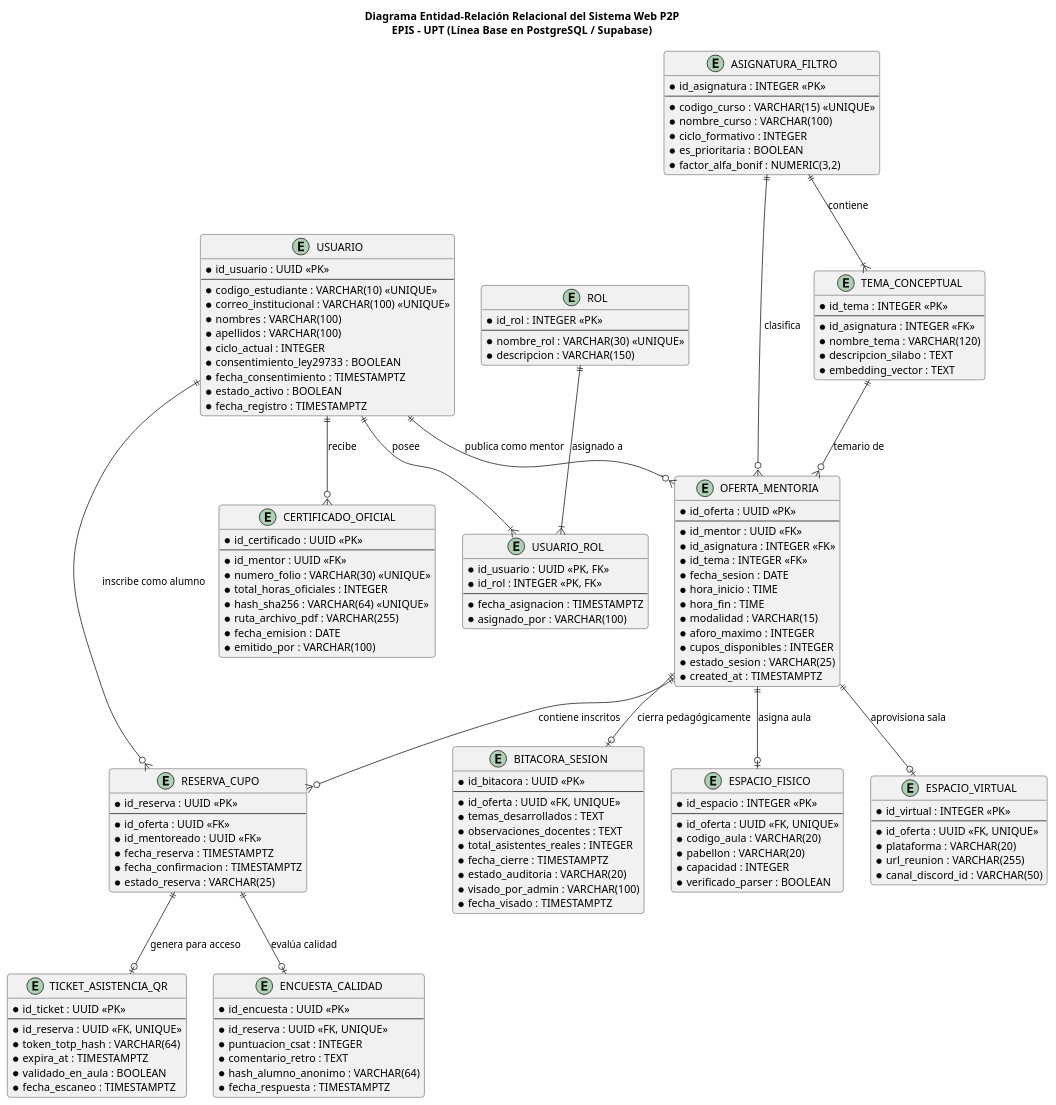
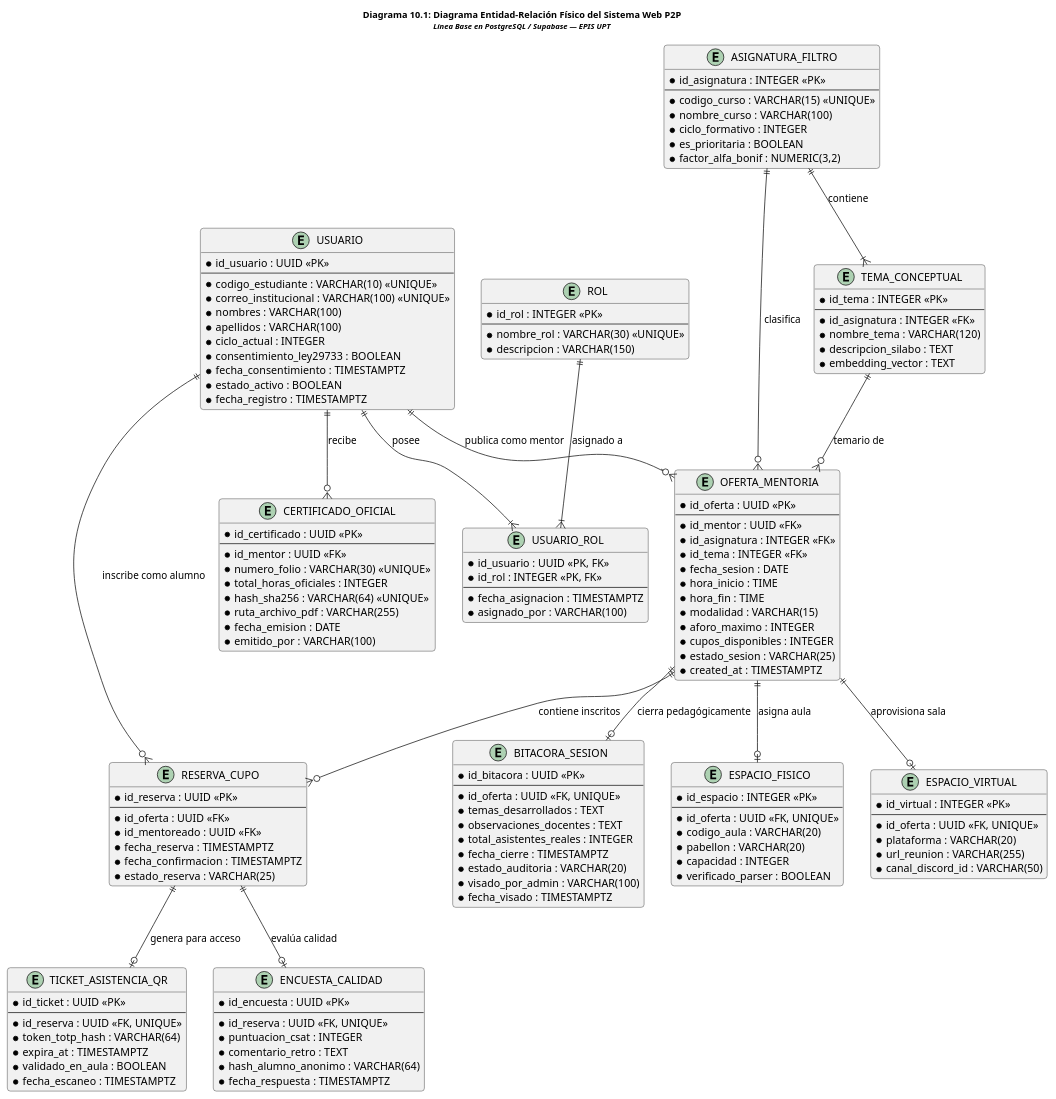
One commit to JMedina255/sistema_web_p2p changed diagram 12 of 12 in docs/FD04-EPIS-Informe SAD de Proyecto.md. Above: the diagram before and after it, drawn with PlantUML. The commit also changed other lines of this file and 1 other file, not shown here.

Commit message:
docs: validar y elevar nivel tecnico del SAD (FD04) y boveda general con titulos formales, optimizacion de layout C4 y depuracion de texto

````diff
--- a/docs/FD04-EPIS-Informe SAD de Proyecto.md
+++ b/docs/FD04-EPIS-Informe SAD de Proyecto.md
@@ -1374,6 +1387,6 @@
 ```plantuml
 @startuml
-title Diagrama Entidad-Relación Relacional del Sistema Web P2P\nEPIS - UPT (Línea Base en PostgreSQL / Supabase)
+title <size:12><b>Diagrama 10.1: Diagrama Entidad-Relación Físico del Sistema Web P2P</b></size>\n<size:10><i>Línea Base en PostgreSQL / Supabase — EPIS UPT</i></size>
 
 skinparam shadowing false
 skinparam roundcorner 8
````
